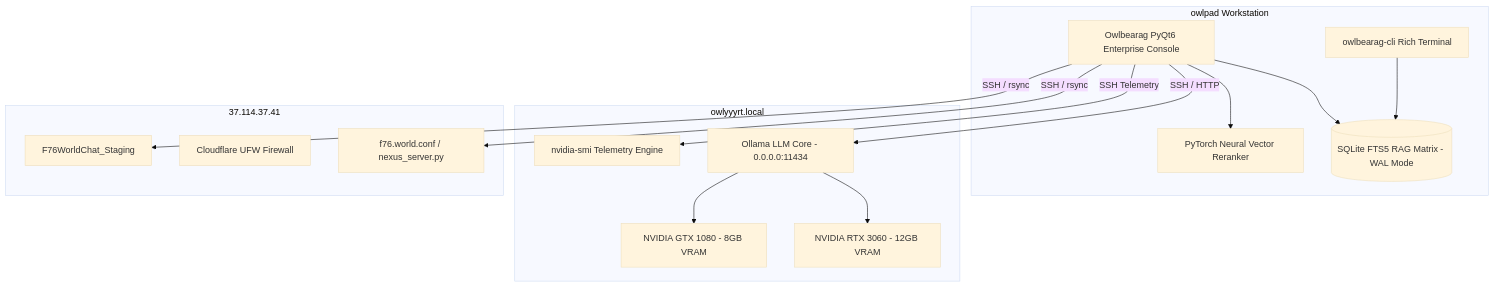
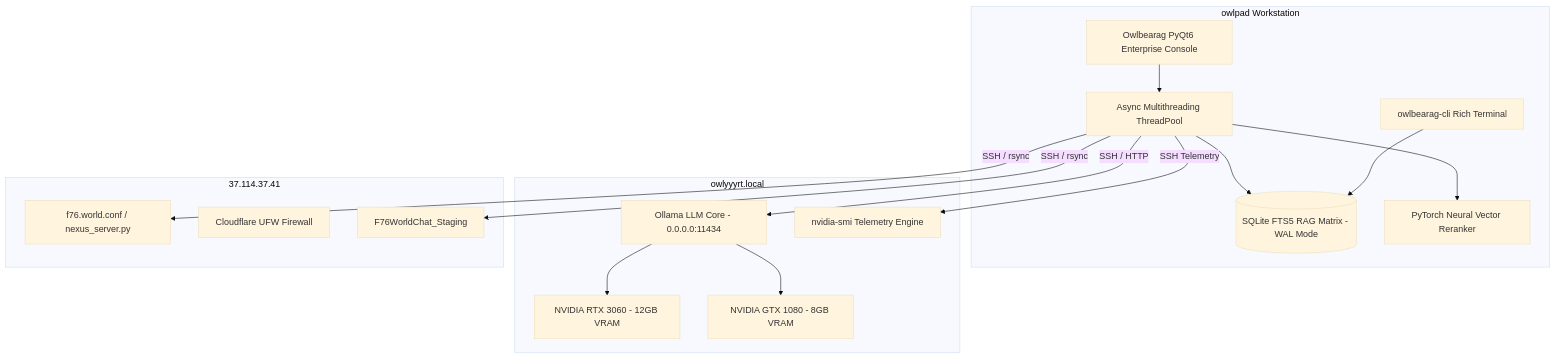
One commit to areqpl/Owlbearag changed the diagram in README.md. Above: the diagram before and after it, drawn with Mermaid (base theme). The commit also changed other lines of this file, not shown here.

Commit message:
feat(async): add multithreading workers and action confirmation prompts

````diff
--- a/README.md
+++ b/README.md
@@ -27,34 +28,36 @@
 ```mermaid
 graph TD
     subgraph Local Workstation [owlpad Workstation]
         GUI[Owlbearag PyQt6 Enterprise Console]
         CLI[owlbearag-cli Rich Terminal]
         RAG[(SQLite FTS5 RAG Matrix - WAL Mode)]
         PYTORCH[PyTorch Neural Vector Reranker]
+        THREADS[Async Multithreading ThreadPool]
     end
 
     subgraph Dual-GPU Accelerator Node [owlyyyrt.local]
         OLLAMA_REMOTE[Ollama LLM Core - 0.0.0.0:11434]
         GPU_1[NVIDIA RTX 3060 - 12GB VRAM]
         GPU_2[NVIDIA GTX 1080 - 8GB VRAM]
         GPU_TELEMETRY[nvidia-smi Telemetry Engine]
     end
 
     subgraph Cloudflare VPS Production Node [37.114.37.41]
         VPS_CONF[f76.world.conf / nexus_server.py]
         UFW[Cloudflare UFW Firewall]
         STAGING[F76WorldChat_Staging]
     end
 
-    GUI --> RAG
-    GUI --> PYTORCH
+    GUI --> THREADS
+    THREADS --> RAG
+    THREADS --> PYTORCH
     CLI --> RAG
     
-    GUI -- SSH / HTTP --> OLLAMA_REMOTE
-    GUI -- SSH Telemetry --> GPU_TELEMETRY
+    THREADS -- SSH / HTTP --> OLLAMA_REMOTE
+    THREADS -- SSH Telemetry --> GPU_TELEMETRY
     OLLAMA_REMOTE --> GPU_1
     OLLAMA_REMOTE --> GPU_2
 
-    GUI -- SSH / rsync --> VPS_CONF
-    GUI -- SSH / rsync --> STAGING
+    THREADS -- SSH / rsync --> VPS_CONF
+    THREADS -- SSH / rsync --> STAGING
 ```
````
